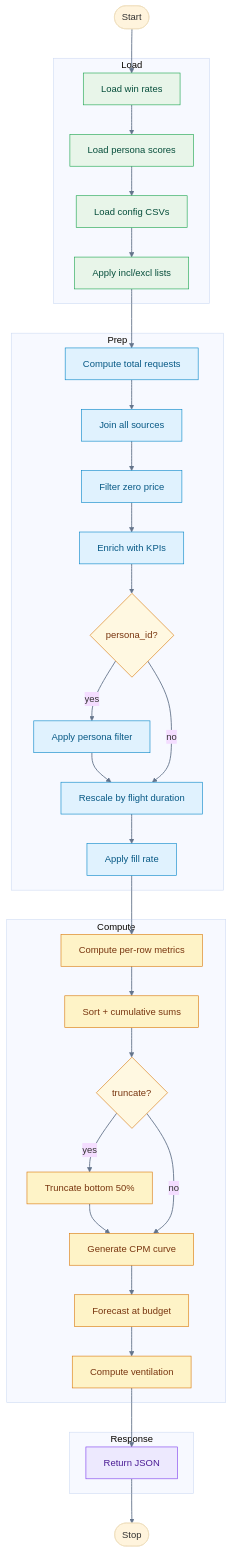
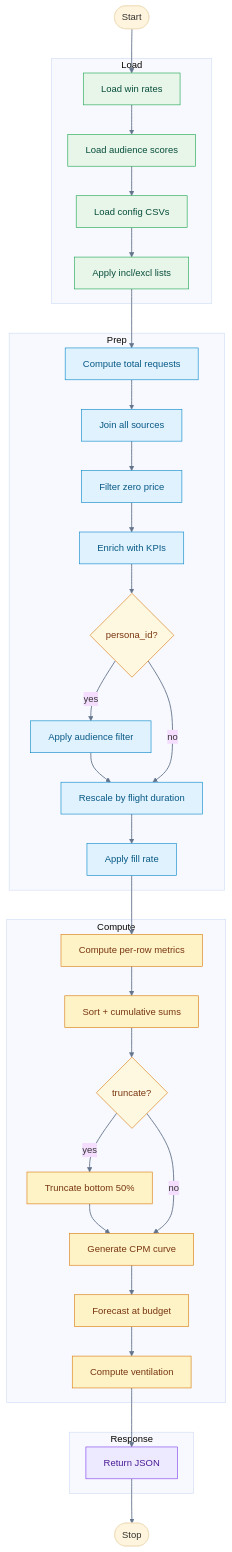
One commit to kintecus/build changed the third of 3 diagrams in examples/adscale-case-study/docs/specs/forecast-data-pipeline.md. Above: the diagram before and after it, drawn with Mermaid. The commit also changed other lines of this file and 36 other files, not shown here.

````diff
--- a/examples/adscale-case-study/docs/specs/forecast-data-pipeline.md
+++ b/examples/adscale-case-study/docs/specs/forecast-data-pipeline.md
@@ -186,71 +188,71 @@
 ```mermaid
 %%{init: {'theme':'base','flowchart':{'curve':'basis','nodeSpacing':35,'rankSpacing':50}}}%%
 flowchart TD
  accTitle: Forecast Service request processing pipeline
  accDescr: Load stage pulls data from S3 and config CSVs; Prep stage joins, filters, and enriches; Compute stage derives metrics, cumulative sums, CPM guidance, and forecast; Response returns JSON.
 
  START([Start])
 
  subgraph Load["Load"]
  L1[Load win rates]
- L2[Load persona scores]
+ L2[Load audience scores]
  L3[Load config CSVs]
  L4[Apply incl/excl lists]
  L1 --> L2 --> L3 --> L4
  end
 
  subgraph Prep["Prep"]
  P1[Compute total requests]
  P2[Join all sources]
  P3[Filter zero price]
  P4[Enrich with KPIs]
  P5{persona_id?}
- P6[Apply persona filter]
+ P6[Apply audience filter]
  P7[Rescale by flight duration]
  P8[Apply fill rate]
  P1 --> P2 --> P3 --> P4 --> P5
  P5 -->|yes| P6 --> P7
  P5 -->|no| P7
  P7 --> P8
  end
 
  subgraph Compute["Compute"]
  C1[Compute per-row metrics]
  C2[Sort + cumulative sums]
  C3{truncate?}
  C4[Truncate bottom 50%]
  C5[Generate CPM curve]
  C6[Forecast at budget]
  C7[Compute ventilation]
  C1 --> C2 --> C3
  C3 -->|yes| C4 --> C5
  C3 -->|no| C5
  C5 --> C6 --> C7
  end
 
  subgraph Response["Response"]
  R1[Return JSON]
  end
 
  STOP([Stop])
 
  START --> L1
  L4 --> P1
  P8 --> C1
  C7 --> R1
  R1 --> STOP
 
  classDef load fill:#e8f5e9,stroke:#16a34a,color:#064e3b;
  classDef prep fill:#e0f2fe,stroke:#0284c7,color:#075985;
  classDef compute fill:#fef3c7,stroke:#d97706,color:#78350f;
  classDef response fill:#ede9fe,stroke:#7c3aed,color:#4c1d95;
  classDef decision fill:#fff8e1,stroke:#d97706,color:#78350f;
 
  class L1,L2,L3,L4 load;
  class P1,P2,P3,P4,P6,P7,P8 prep;
  class C1,C2,C4,C5,C6,C7 compute;
  class R1 response;
  class P5,C3 decision;
 
  linkStyle default stroke:#64748b,stroke-width:1.5px
 ```
````
